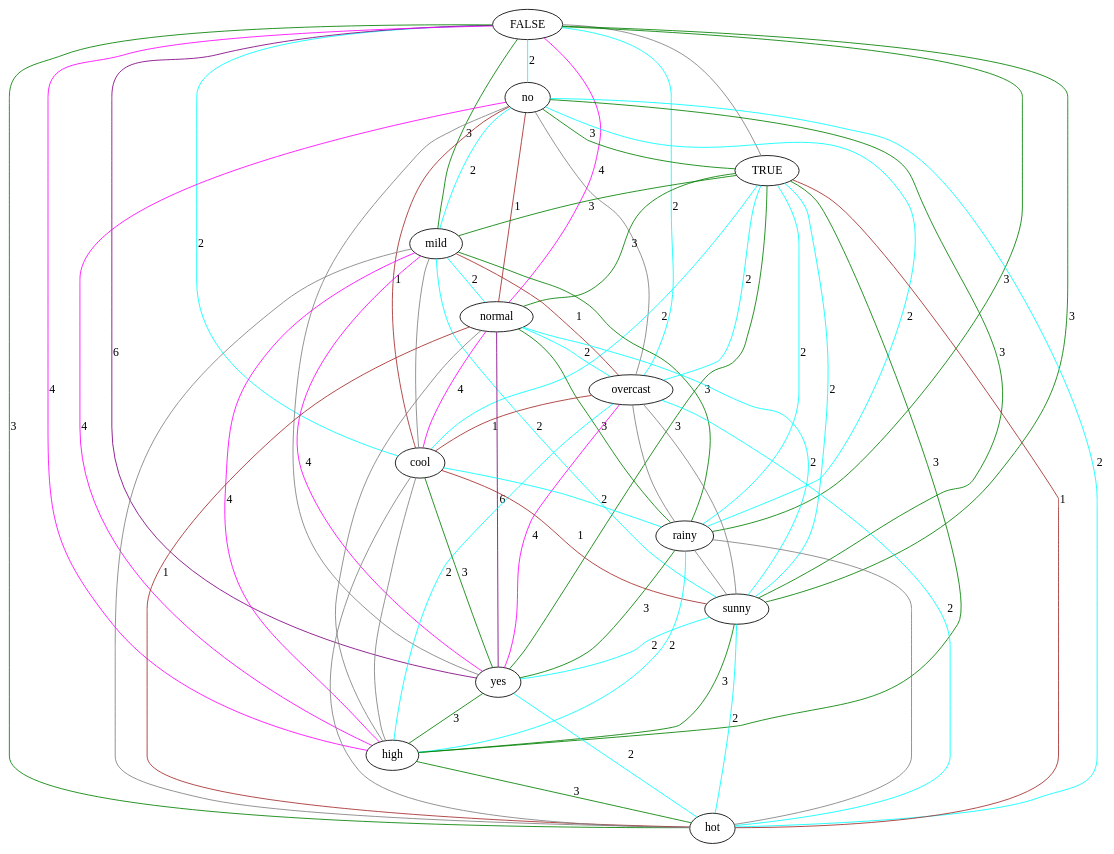
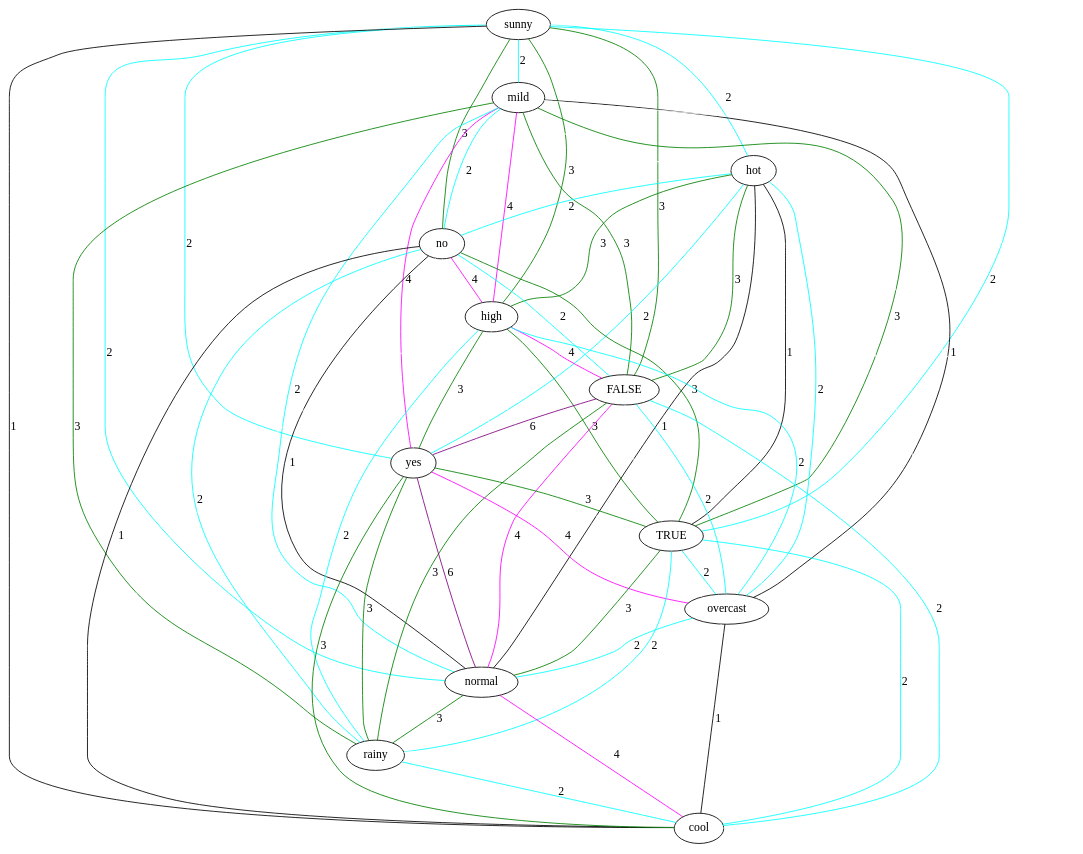
Before and after one commit to lrodrin/TFG: the diagram in src/SQL/gaifman.dot, drawn with Graphviz. The commit also changed 4 other files, not shown here.

```diff
--- a/src/SQL/gaifman.dot
+++ b/src/SQL/gaifman.dot
@@ -1,80 +1,80 @@
 strict graph "" {
+sunny;
+mild;
+hot;
+no;
+high;
 FALSE;
-no;
+yes;
 TRUE;
-mild;
+overcast;
 normal;
-overcast;
+rainy;
 cool;
-rainy;
-sunny;
-yes;
-high;
-hot;
+sunny -- cool  [color=black, label=1];
+sunny -- FALSE  [color=green, label=3];
+sunny -- mild  [color=cyan, label=2];
+sunny -- TRUE  [color=cyan, label=2];
+sunny -- normal  [color=cyan, label=2];
+sunny -- hot  [color=cyan, label=2];
+sunny -- no  [color=green, label=3];
+sunny -- rainy  [color=white];
+sunny -- high  [color=green, label=3];
+sunny -- overcast  [color=white];
+sunny -- yes  [color=cyan, label=2];
+mild -- FALSE  [color=green, label=3];
+mild -- yes  [color=magenta, label=4];
+mild -- TRUE  [color=green, label=3];
+mild -- normal  [color=cyan, label=2];
+mild -- cool  [color=white];
+mild -- hot  [color=white];
+mild -- no  [color=cyan, label=2];
+mild -- rainy  [color=green, label=3];
+mild -- high  [color=magenta, label=4];
+mild -- overcast  [color=black, label=1];
+hot -- FALSE  [color=green, label=3];
+hot -- TRUE  [color=black, label=1];
+hot -- normal  [color=black, label=1];
+hot -- cool  [color=white];
+hot -- yes  [color=cyan, label=2];
+hot -- no  [color=cyan, label=2];
+hot -- rainy  [color=white];
+hot -- high  [color=green, label=3];
+hot -- overcast  [color=cyan, label=2];
+no -- FALSE  [color=cyan, label=2];
+no -- TRUE  [color=green, label=3];
+no -- cool  [color=black, label=1];
+no -- normal  [color=black, label=1];
+no -- rainy  [color=cyan, label=2];
+no -- high  [color=magenta, label=4];
+no -- overcast  [color=white];
+no -- yes  [color=white];
+high -- FALSE  [color=magenta, label=4];
+high -- TRUE  [color=green, label=3];
+high -- cool  [color=white];
+high -- rainy  [color=cyan, label=2];
+high -- normal  [color=white];
+high -- overcast  [color=cyan, label=2];
+high -- yes  [color=green, label=3];
+FALSE -- yes  [color=purple, label=6];
+FALSE -- TRUE  [color=white];
+FALSE -- normal  [color=magenta, label=4];
+FALSE -- cool  [color=cyan, label=2];
+FALSE -- rainy  [color=green, label=3];
 FALSE -- overcast  [color=cyan, label=2];
-FALSE -- cool  [color=cyan, label=2];
-FALSE -- no  [color=cyan, label=2];
-FALSE -- rainy  [color=green, label=3];
-FALSE -- TRUE  [color=gray];
-FALSE -- mild  [color=green, label=3];
-FALSE -- sunny  [color=green, label=3];
-FALSE -- yes  [color=purple, label=6];
-FALSE -- high  [color=magenta, label=4];
-FALSE -- normal  [color=magenta, label=4];
-FALSE -- hot  [color=green, label=3];
-no -- overcast  [color=gray];
-no -- cool  [color=brown, label=1];
-no -- rainy  [color=cyan, label=2];
-no -- sunny  [color=green, label=3];
-no -- TRUE  [color=green, label=3];
-no -- mild  [color=cyan, label=2];
-no -- yes  [color=gray];
-no -- high  [color=magenta, label=4];
-no -- normal  [color=brown, label=1];
-no -- hot  [color=cyan, label=2];
+yes -- TRUE  [color=green, label=3];
+yes -- normal  [color=purple, label=6];
+yes -- cool  [color=green, label=3];
+yes -- rainy  [color=green, label=3];
+yes -- overcast  [color=magenta, label=4];
+TRUE -- cool  [color=cyan, label=2];
+TRUE -- normal  [color=green, label=3];
+TRUE -- rainy  [color=cyan, label=2];
 TRUE -- overcast  [color=cyan, label=2];
-TRUE -- cool  [color=cyan, label=2];
-TRUE -- rainy  [color=cyan, label=2];
-TRUE -- mild  [color=green, label=3];
-TRUE -- sunny  [color=cyan, label=2];
-TRUE -- yes  [color=green, label=3];
-TRUE -- high  [color=green, label=3];
-TRUE -- normal  [color=green, label=3];
-TRUE -- hot  [color=brown, label=1];
-mild -- overcast  [color=brown, label=1];
-mild -- cool  [color=gray];
-mild -- rainy  [color=green, label=3];
-mild -- sunny  [color=cyan, label=2];
-mild -- yes  [color=magenta, label=4];
-mild -- high  [color=magenta, label=4];
-mild -- normal  [color=cyan, label=2];
-mild -- hot  [color=gray];
-normal -- overcast  [color=cyan, label=2];
+overcast -- normal  [color=cyan, label=2];
+overcast -- cool  [color=black, label=1];
+overcast -- rainy  [color=white];
 normal -- cool  [color=magenta, label=4];
-normal -- sunny  [color=cyan, label=2];
-normal -- yes  [color=purple, label=6];
-normal -- high  [color=gray];
 normal -- rainy  [color=green, label=3];
-normal -- hot  [color=brown, label=1];
-overcast -- cool  [color=brown, label=1];
-overcast -- rainy  [color=gray];
-overcast -- sunny  [color=gray];
-overcast -- yes  [color=magenta, label=4];
-overcast -- high  [color=cyan, label=2];
-overcast -- hot  [color=cyan, label=2];
-cool -- sunny  [color=brown, label=1];
-cool -- rainy  [color=cyan, label=2];
-cool -- yes  [color=green, label=3];
-cool -- high  [color=gray];
-cool -- hot  [color=gray];
-rainy -- sunny  [color=gray];
-rainy -- yes  [color=green, label=3];
-rainy -- high  [color=cyan, label=2];
-rainy -- hot  [color=gray];
-sunny -- yes  [color=cyan, label=2];
-sunny -- high  [color=green, label=3];
-sunny -- hot  [color=cyan, label=2];
-yes -- high  [color=green, label=3];
-yes -- hot  [color=cyan, label=2];
-high -- hot  [color=green, label=3];
+rainy -- cool  [color=cyan, label=2];
 }
```
